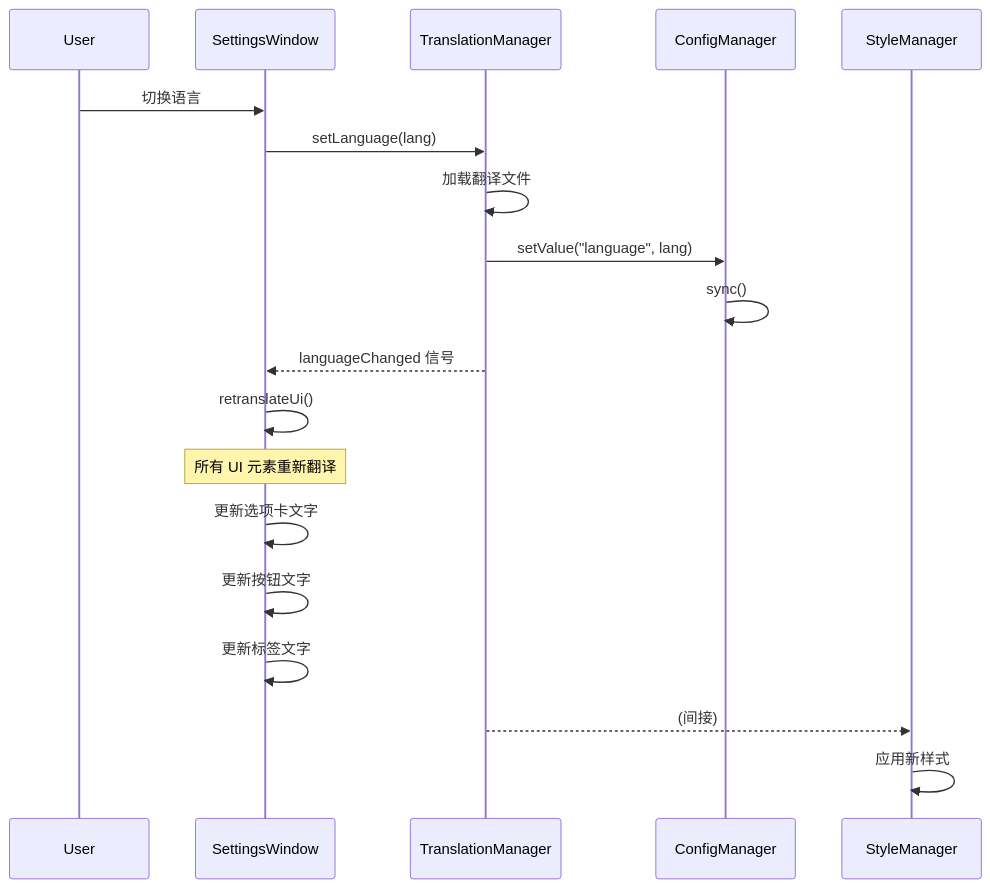
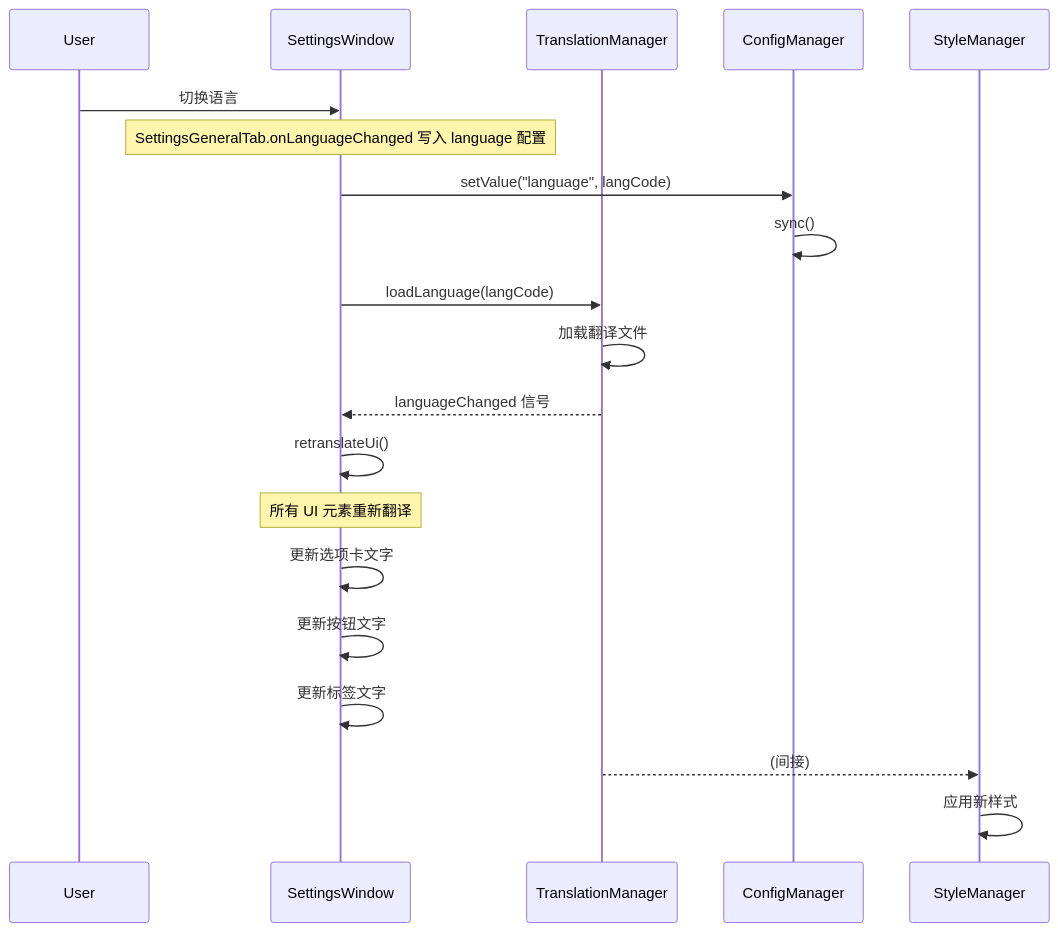
Diagram 17 of 35 in docs/architecture.md (ChiangyangNPU/quick-shot), drawn with Mermaid before and after one commit. The commit also changed other lines of this file and 3 other files, not shown here.

````diff
--- a/docs/architecture.md
+++ b/docs/architecture.md
@@ -1896,25 +1923,26 @@
 ```mermaid
 sequenceDiagram
     participant User
     participant SettingsWindow
     participant TranslationManager
     participant ConfigManager
     participant StyleManager
 
     User->>SettingsWindow: 切换语言
-    SettingsWindow->>TranslationManager: setLanguage(lang)
+    Note over SettingsWindow: SettingsGeneralTab.onLanguageChanged 写入 language 配置
+    SettingsWindow->>ConfigManager: setValue("language", langCode)
+    ConfigManager->>ConfigManager: sync()
+    SettingsWindow->>TranslationManager: loadLanguage(langCode)
     TranslationManager->>TranslationManager: 加载翻译文件
-    TranslationManager->>ConfigManager: setValue("language", lang)
-    ConfigManager->>ConfigManager: sync()
     
     TranslationManager-->>SettingsWindow: languageChanged 信号
     SettingsWindow->>SettingsWindow: retranslateUi()
     
     Note over SettingsWindow: 所有 UI 元素重新翻译
     SettingsWindow->>SettingsWindow: 更新选项卡文字
     SettingsWindow->>SettingsWindow: 更新按钮文字
     SettingsWindow->>SettingsWindow: 更新标签文字
     
     TranslationManager-->>StyleManager: (间接)
     StyleManager->>StyleManager: 应用新样式
 ```
````
